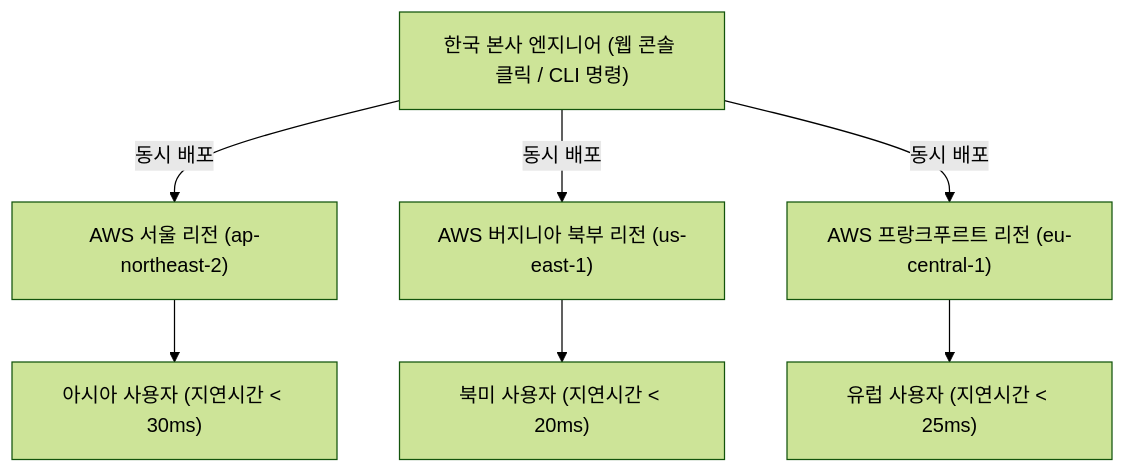
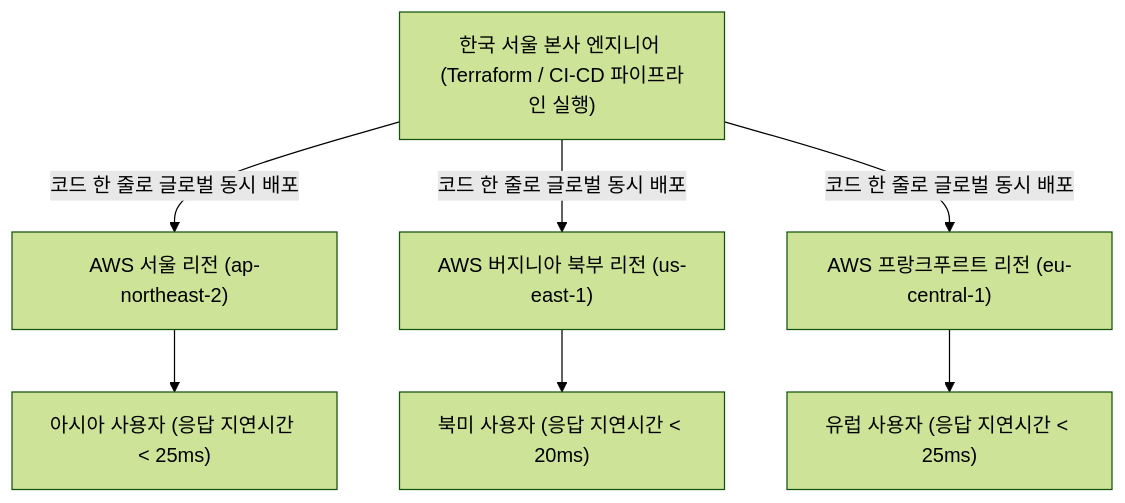
One commit to keimania/tech-notes changed the third of 26 diagrams in 10_클라우드_빅데이터_인공지능.md. Above: the diagram before and after it, drawn with Mermaid (forest theme). The commit also changed other lines of this file and 12 other files, not shown here.

````diff
--- a/10_클라우드_빅데이터_인공지능.md
+++ b/10_클라우드_빅데이터_인공지능.md
@@ -148,11 +187,11 @@
 ```mermaid
 flowchart TD
-    Admin["한국 본사 엔지니어 (웹 콘솔 클릭 / CLI 명령)"]
-    Admin -->|동시 배포| R1["AWS 서울 리전 (ap-northeast-2)"]
-    Admin -->|동시 배포| R2["AWS 버지니아 북부 리전 (us-east-1)"]
-    Admin -->|동시 배포| R3["AWS 프랑크푸르트 리전 (eu-central-1)"]
+    Admin["한국 서울 본사 엔지니어 (Terraform / CI-CD 파이프라인 실행)"]
+    Admin -->|"코드 한 줄로 글로벌 동시 배포"| R1["AWS 서울 리전 (ap-northeast-2)"]
+    Admin -->|"코드 한 줄로 글로벌 동시 배포"| R2["AWS 버지니아 북부 리전 (us-east-1)"]
+    Admin -->|"코드 한 줄로 글로벌 동시 배포"| R3["AWS 프랑크푸르트 리전 (eu-central-1)"]
     
-    R1 --> U1["아시아 사용자 (지연시간 < 30ms)"]
-    R2 --> U2["북미 사용자 (지연시간 < 20ms)"]
-    R3 --> U3["유럽 사용자 (지연시간 < 25ms)"]
+    R1 --> U1["아시아 사용자 (응답 지연시간 < 25ms)"]
+    R2 --> U2["북미 사용자 (응답 지연시간 < 20ms)"]
+    R3 --> U3["유럽 사용자 (응답 지연시간 < 25ms)"]
 ```
````
